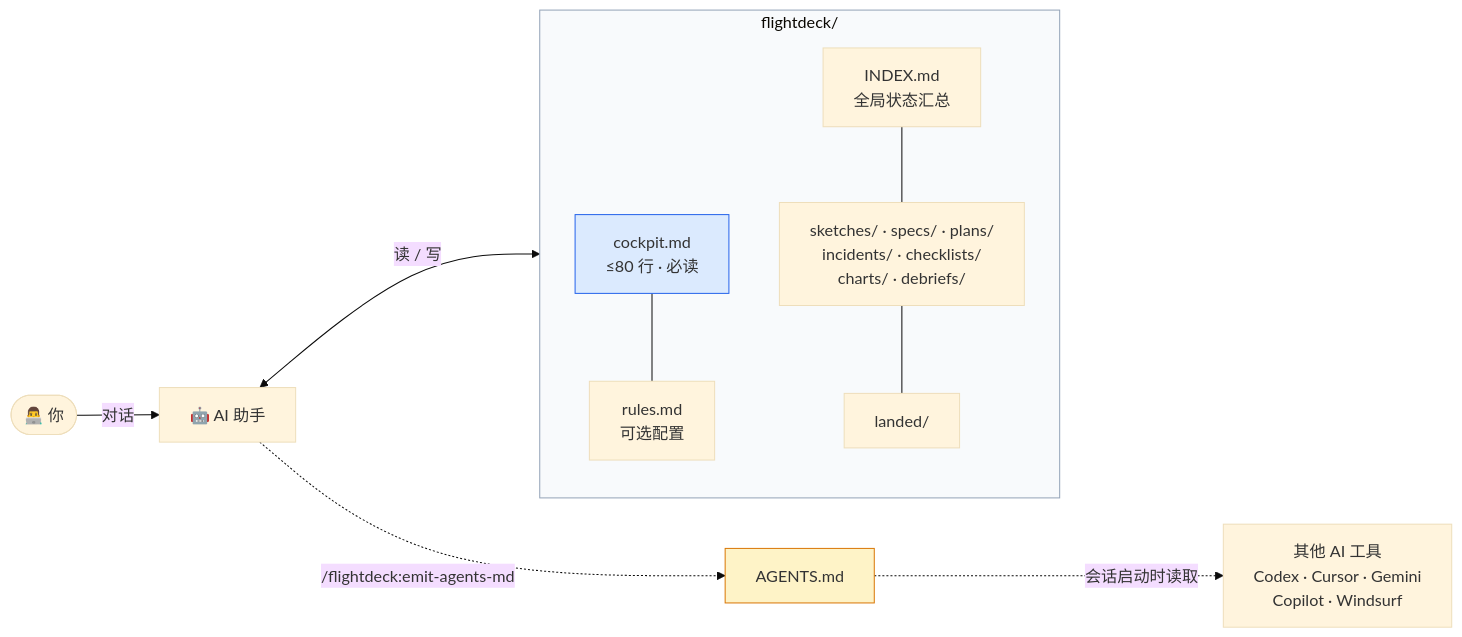
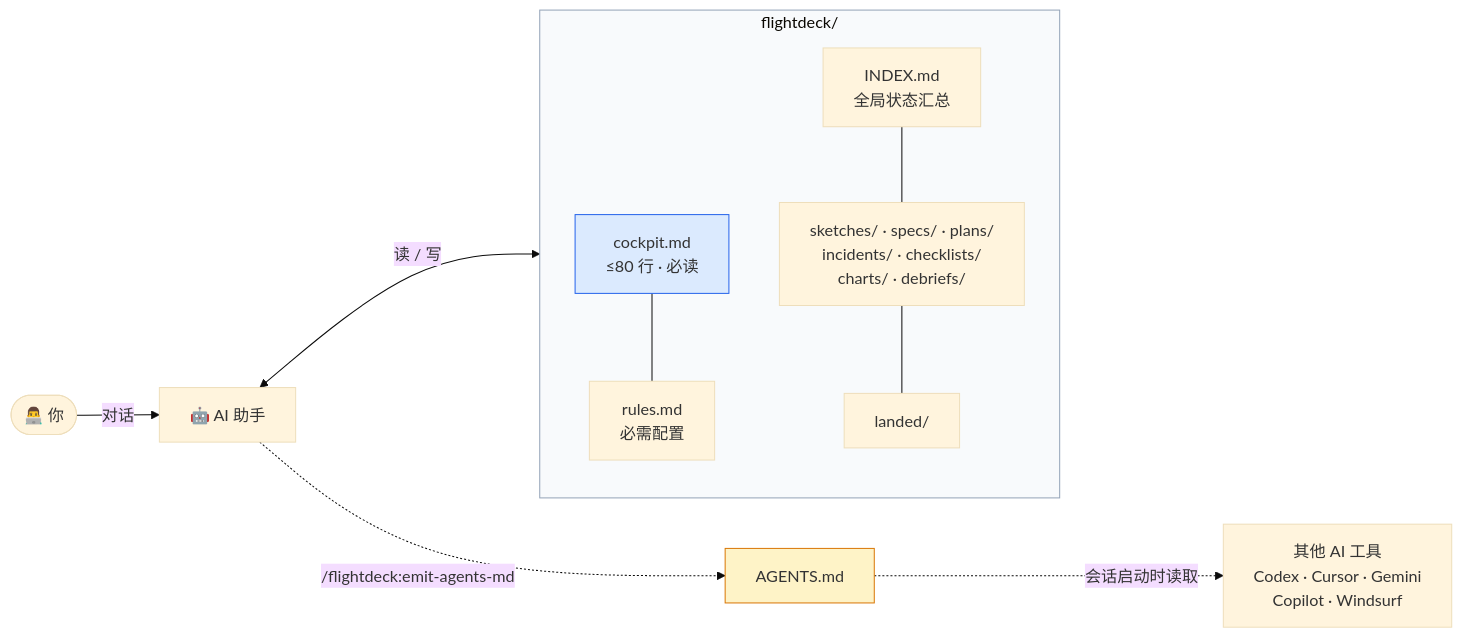
Before and after one commit to Yuelioi/flightdeck: the diagram in README.zh.md, drawn with Mermaid (base theme). The commit also changed other lines of this file and 1 other file, not shown here.

````diff
--- a/README.zh.md
+++ b/README.zh.md
@@ -93,22 +93,22 @@
 ```mermaid
 flowchart LR
     User([👨‍💻 你]) -->|对话| AI[🤖 AI 助手]
     AI <-->|读 / 写| FD[(flightdeck/)]
     AI -.->|/flightdeck:emit-agents-md| AGENTS[AGENTS.md]
     AGENTS -.->|会话启动时读取| OtherAI[其他 AI 工具<br/>Codex · Cursor · Gemini<br/>Copilot · Windsurf]
 
     subgraph FD [flightdeck/]
         direction TB
         Cockpit[cockpit.md<br/>≤80 行 · 必读]
-        Rules[rules.md<br/>可选配置]
+        Rules[rules.md<br/>必需配置]
         Index[INDEX.md<br/>全局状态汇总]
         Folders[sketches/ · specs/ · plans/<br/>incidents/ · checklists/<br/>charts/ · debriefs/]
         Archive[landed/]
         Cockpit --- Rules
         Index --- Folders --- Archive
     end
 
     style Cockpit fill:#dbeafe,stroke:#2563eb
     style AGENTS fill:#fef3c7,stroke:#d97706
     style FD fill:#f8fafc,stroke:#94a3b8
 ```
````
